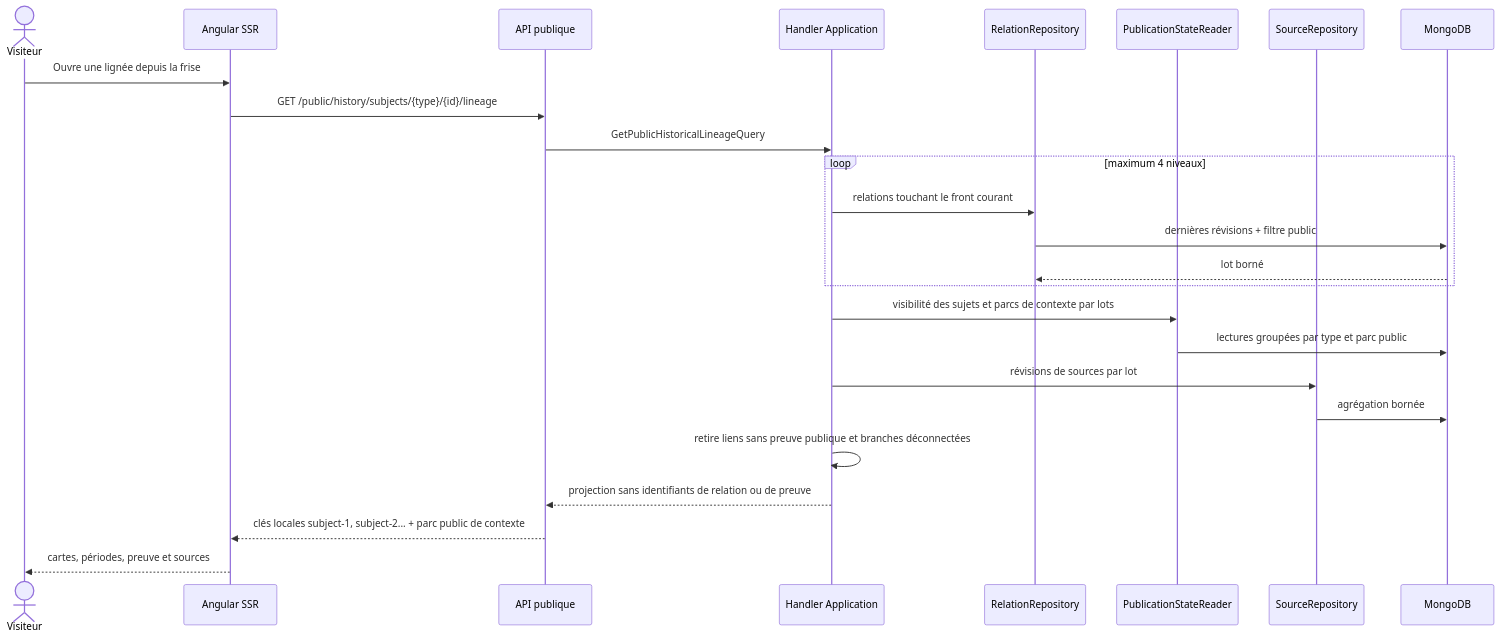
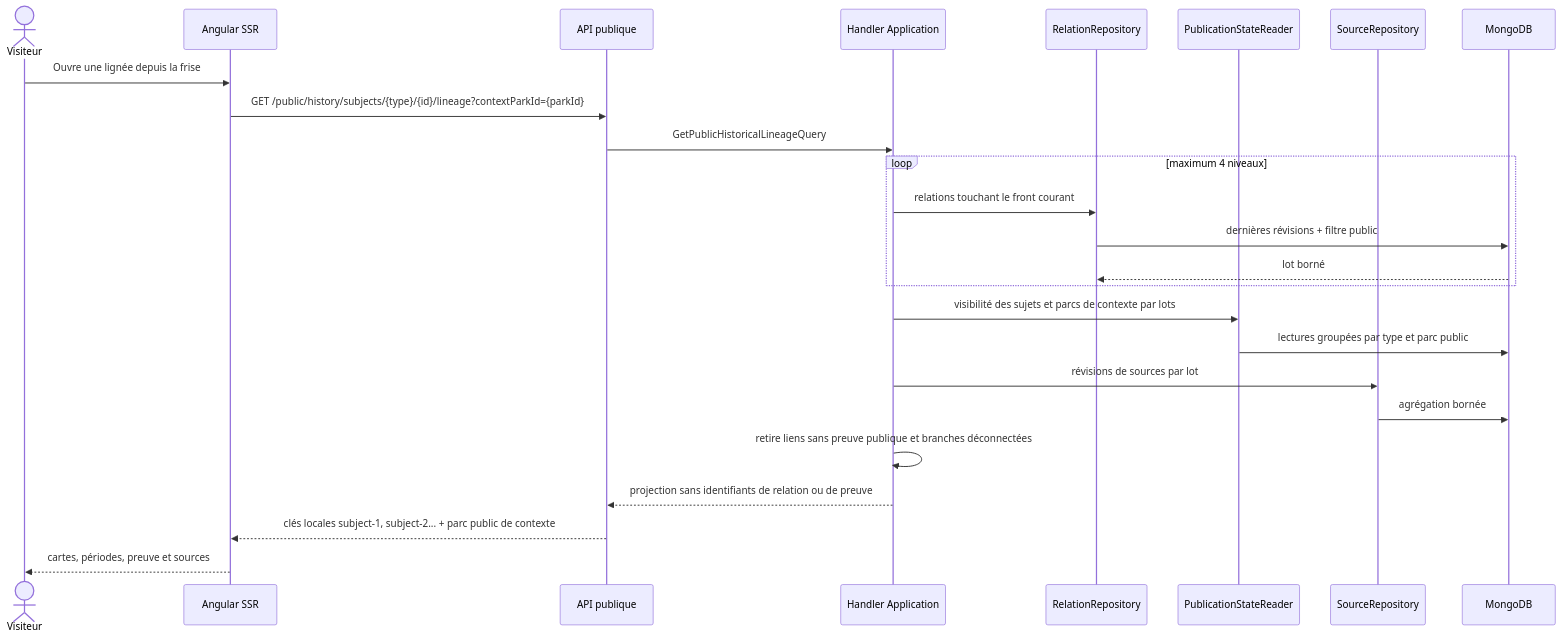
The third of 3 diagrams in docs/architecture/product-growth-hist-09-explicit-lineages-2026-09-27.md (Ced59/AmusementParkProject), drawn with Mermaid before and after one commit. The commit also changed other lines of this file and 40 other files, not shown here.

Commit message:
fix(history): scope lineages by context park

````diff
--- a/docs/architecture/product-growth-hist-09-explicit-lineages-2026-09-27.md
+++ b/docs/architecture/product-growth-hist-09-explicit-lineages-2026-09-27.md
@@ -151,27 +151,27 @@
 ```mermaid
 sequenceDiagram
     actor V as Visiteur
     participant SSR as Angular SSR
     participant API as API publique
     participant APP as Handler Application
     participant REL as RelationRepository
     participant PUB as PublicationStateReader
     participant SRC as SourceRepository
     participant DB as MongoDB
     V->>SSR: Ouvre une lignée depuis la frise
-    SSR->>API: GET /public/history/subjects/{type}/{id}/lineage
+    SSR->>API: GET /public/history/subjects/{type}/{id}/lineage?contextParkId={parkId}
     API->>APP: GetPublicHistoricalLineageQuery
     loop maximum 4 niveaux
       APP->>REL: relations touchant le front courant
       REL->>DB: dernières révisions + filtre public
       DB-->>REL: lot borné
     end
     APP->>PUB: visibilité des sujets et parcs de contexte par lots
     PUB->>DB: lectures groupées par type et parc public
     APP->>SRC: révisions de sources par lot
     SRC->>DB: agrégation bornée
     APP->>APP: retire liens sans preuve publique et branches déconnectées
     APP-->>API: projection sans identifiants de relation ou de preuve
     API-->>SSR: clés locales subject-1, subject-2... + parc public de contexte
     SSR-->>V: cartes, périodes, preuve et sources
 ```
````
